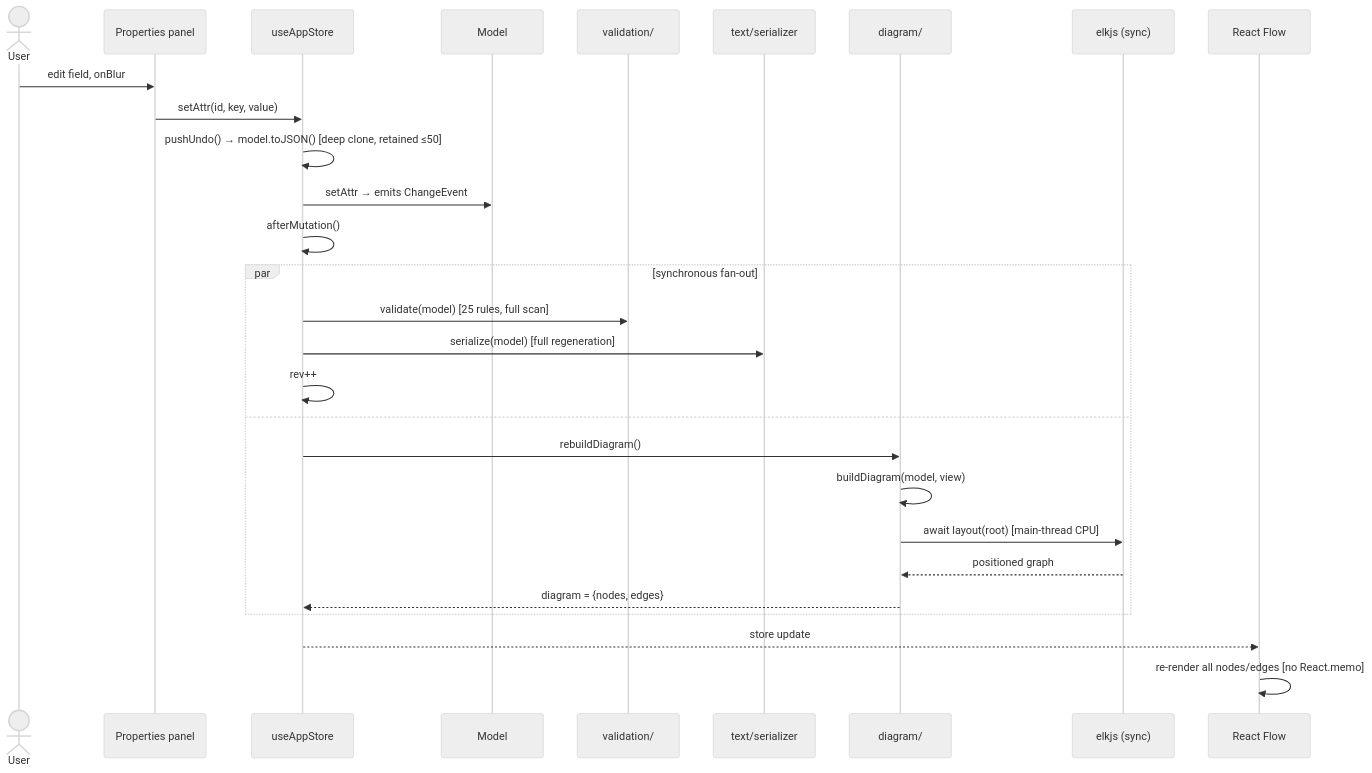
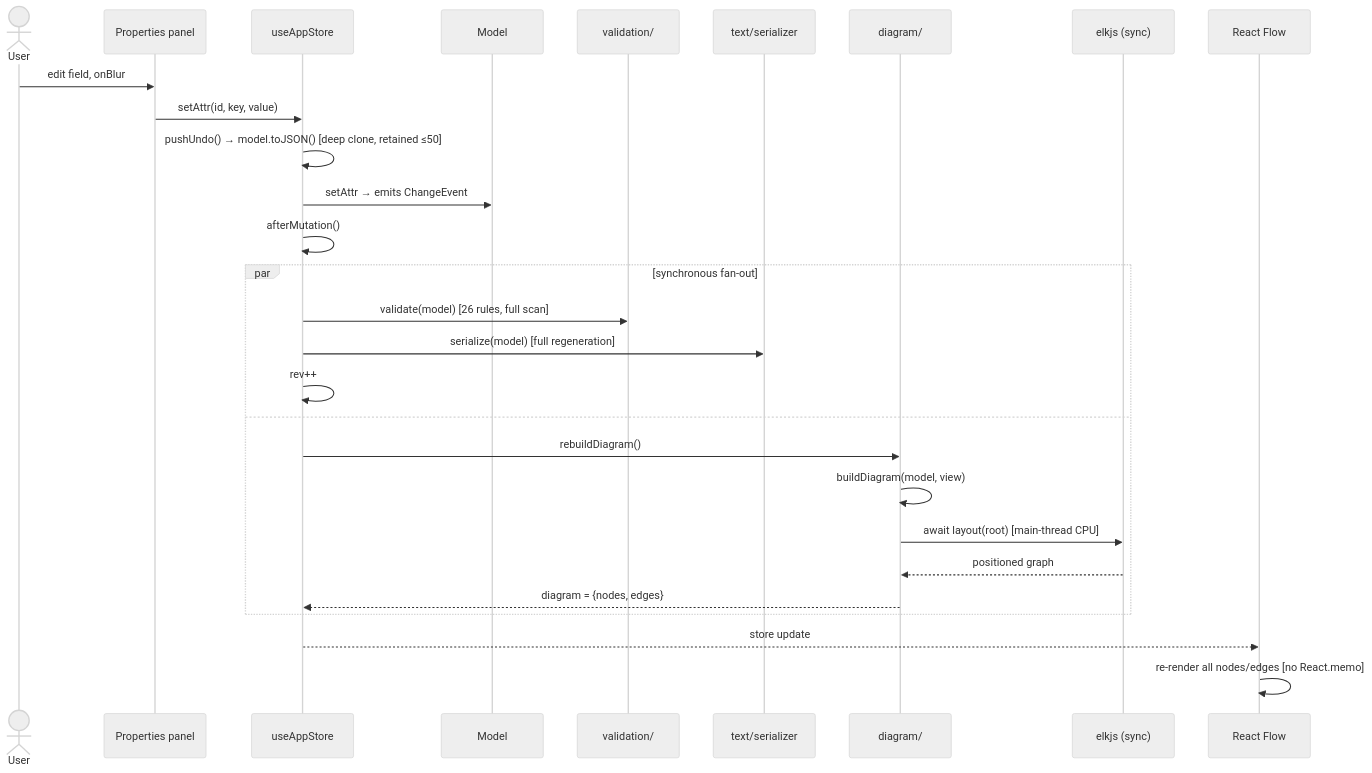
One commit to cosmindxu/sysprose changed the second of 8 diagrams in docs/architecture/06-sequence-diagrams.md. Above: the diagram before and after it, drawn with Mermaid (neutral theme). The commit also changed 19 other files, not shown here.

````diff
--- a/docs/architecture/06-sequence-diagrams.md
+++ b/docs/architecture/06-sequence-diagrams.md
@@ -30,31 +30,31 @@
 ```mermaid
 sequenceDiagram
     actor U as User
     participant P as Properties panel
     participant S as useAppStore
     participant M as Model
     participant V as validation/
     participant T as text/serializer
     participant D as diagram/
     participant ELK as elkjs (sync)
     participant RF as React Flow
 
     U->>P: edit field, onBlur
     P->>S: setAttr(id, key, value)
     S->>S: pushUndo() → model.toJSON() [deep clone, retained ≤50]
     S->>M: setAttr → emits ChangeEvent
     S->>S: afterMutation()
     par synchronous fan-out
-        S->>V: validate(model) [25 rules, full scan]
+        S->>V: validate(model) [26 rules, full scan]
         S->>T: serialize(model) [full regeneration]
         S->>S: rev++
     and
         S->>D: rebuildDiagram()
         D->>D: buildDiagram(model, view)
         D->>ELK: await layout(root) [main-thread CPU]
         ELK-->>D: positioned graph
         D-->>S: diagram = {nodes, edges}
     end
     S-->>RF: store update
     RF->>RF: re-render all nodes/edges [no React.memo]
 ```
````
